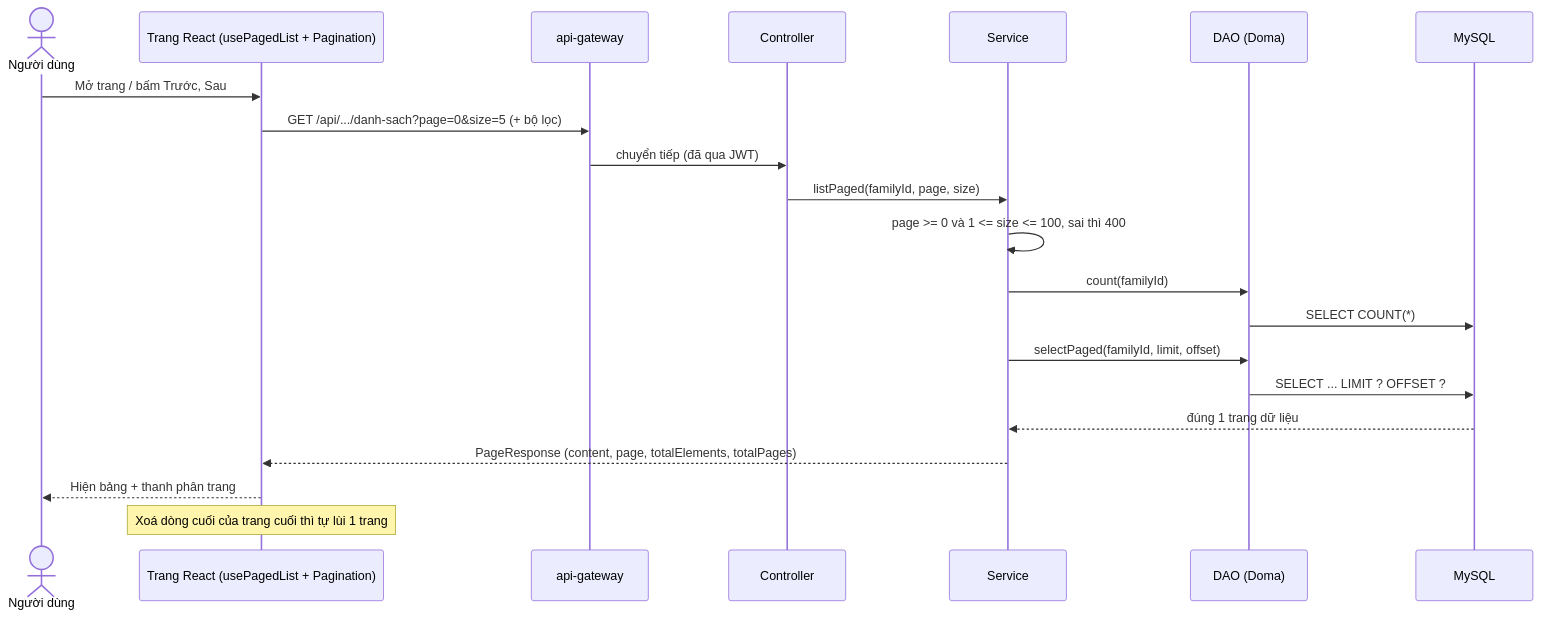
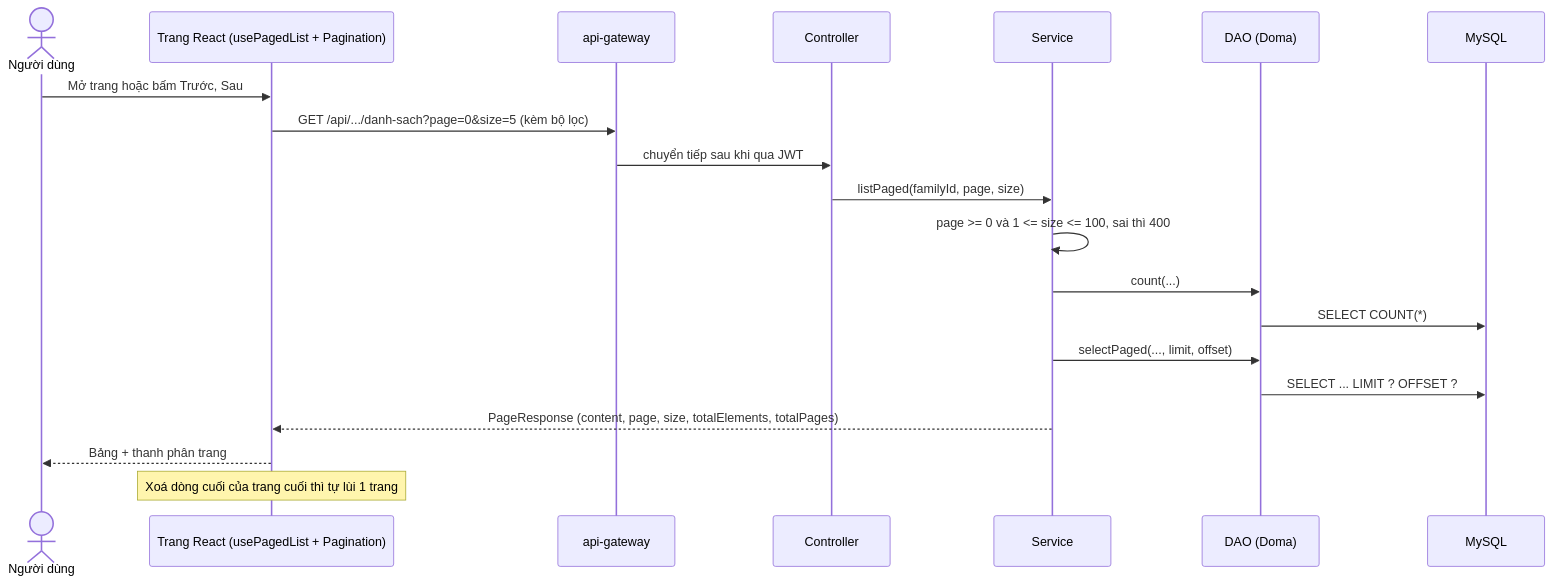
One commit to boyquynhluu/family-expense-manager changed the sixth of 33 diagrams in README.md. Above: the diagram before and after it, drawn with Mermaid. The commit also changed other lines of this file and 1 other file, not shown here.

````diff
--- a/README.md
+++ b/README.md
@@ -347,24 +305,23 @@
 ```mermaid
 sequenceDiagram
     actor U as Người dùng
     participant FE as Trang React (usePagedList + Pagination)
     participant GW as api-gateway
     participant C as Controller
     participant S as Service
     participant D as DAO (Doma)
     participant DB as MySQL
 
-    U->>FE: Mở trang / bấm Trước, Sau
-    FE->>GW: GET /api/.../danh-sach?page=0&size=5 (+ bộ lọc)
-    GW->>C: chuyển tiếp (đã qua JWT)
+    U->>FE: Mở trang hoặc bấm Trước, Sau
+    FE->>GW: GET /api/.../danh-sach?page=0&size=5 (kèm bộ lọc)
+    GW->>C: chuyển tiếp sau khi qua JWT
     C->>S: listPaged(familyId, page, size)
     S->>S: page >= 0 và 1 <= size <= 100, sai thì 400
-    S->>D: count(familyId)
+    S->>D: count(...)
     D->>DB: SELECT COUNT(*)
-    S->>D: selectPaged(familyId, limit, offset)
+    S->>D: selectPaged(..., limit, offset)
     D->>DB: SELECT ... LIMIT ? OFFSET ?
-    DB-->>S: đúng 1 trang dữ liệu
-    S-->>FE: PageResponse (content, page, totalElements, totalPages)
-    FE-->>U: Hiện bảng + thanh phân trang
+    S-->>FE: PageResponse (content, page, size, totalElements, totalPages)
+    FE-->>U: Bảng + thanh phân trang
     Note over FE: Xoá dòng cuối của trang cuối thì tự lùi 1 trang
 ```
````
